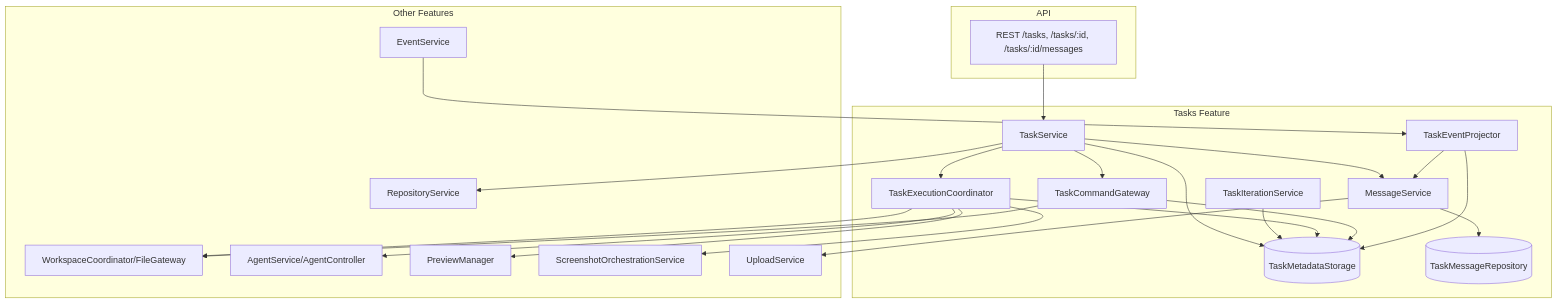
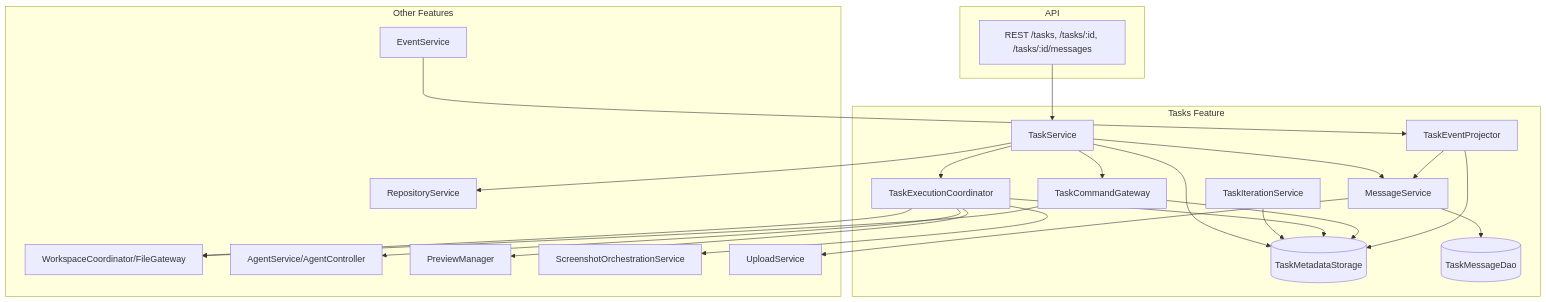
Before and after one commit to aorwall/moatless: the first of 4 diagrams in docs/architecture/tasks-feature.md, drawn with Mermaid. The commit also changed other lines of this file and 122 other files, not shown here.

````diff
--- a/docs/architecture/tasks-feature.md
+++ b/docs/architecture/tasks-feature.md
@@ -39,47 +39,47 @@
 ```mermaid
 graph TD
   subgraph API
     Routes[REST /tasks, /tasks/:id, /tasks/:id/messages]
   end
 
   subgraph Tasks Feature
     Service[TaskService]
     Execution[TaskExecutionCoordinator]
     Iterations[TaskIterationService]
     Projector[TaskEventProjector]
     Transcript[MessageService]
     Commands[TaskCommandGateway]
     Storage[(TaskMetadataStorage)]
-    TranscriptStore[(TaskMessageRepository)]
+    TranscriptStore[(TaskMessageDao)]
   end
 
   subgraph Other Features
     Workspace[WorkspaceCoordinator/FileGateway]
     Agents[AgentService/AgentController]
     Preview[PreviewManager]
     Repos[RepositoryService]
     Screenshots[ScreenshotOrchestrationService]
     Events[EventService]
     Uploads[UploadService]
   end
 
   Routes --> Service
   Service --> Storage
   Service --> Execution
   Service --> Transcript
   Service --> Commands
   Service --> Repos
   Iterations --> Storage
   Transcript --> TranscriptStore
   Execution --> Storage
   Execution --> Workspace
   Execution --> Agents
   Execution --> Preview
   Execution --> Screenshots
   Commands --> Storage
   Commands --> Workspace
   Projector --> Storage
   Projector --> Transcript
   Events --> Projector
   Transcript --> Uploads
 ```
````
